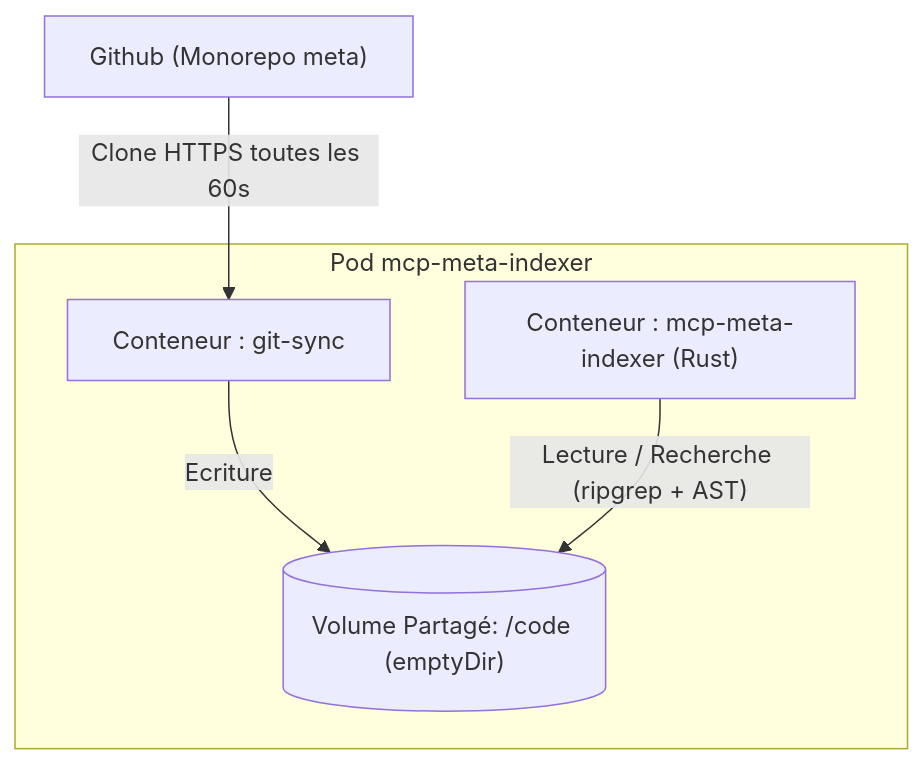
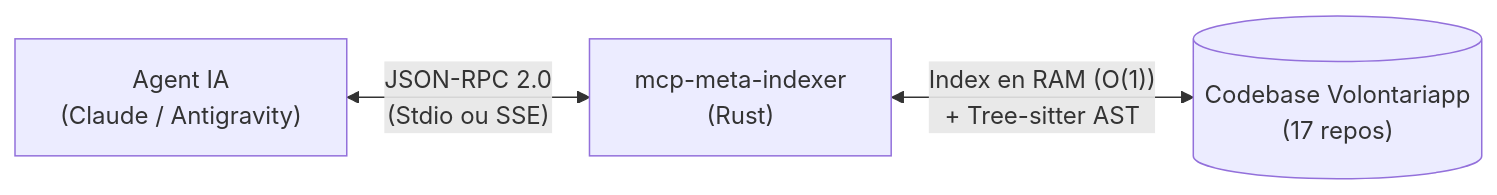
Before and after one commit to Volontariapp/mcp-meta-indexer: the diagram in README.md, drawn with Mermaid. The commit also changed other lines of this file and 6 other files, not shown here.

````diff
--- a/README.md
+++ b/README.md
@@ -235,12 +13,5 @@
 ```mermaid
-graph TD
-    subgraph Pod mcp-meta-indexer
-        A["Conteneur : git-sync"]
-        B["Conteneur : mcp-meta-indexer (Rust)"]
-        C[("Volume Partagé: /code (emptyDir)")]
-    end
-    
-    D["Github (Monorepo meta)"] -->|"Clone HTTPS toutes les 60s"| A
-    A -->|"Ecriture"| C
-    B -->|"Lecture / Recherche (ripgrep + AST)"| C
+flowchart LR
+    Agent["Agent IA\n(Claude / Antigravity)"] <-->|"JSON-RPC 2.0\n(Stdio ou SSE)"| MCP["mcp-meta-indexer\n(Rust)"]
+    MCP <-->|"Index en RAM (O(1))\n+ Tree-sitter AST"| Codebase[("Codebase Volontariapp\n(17 repos)")]
 ```
````
